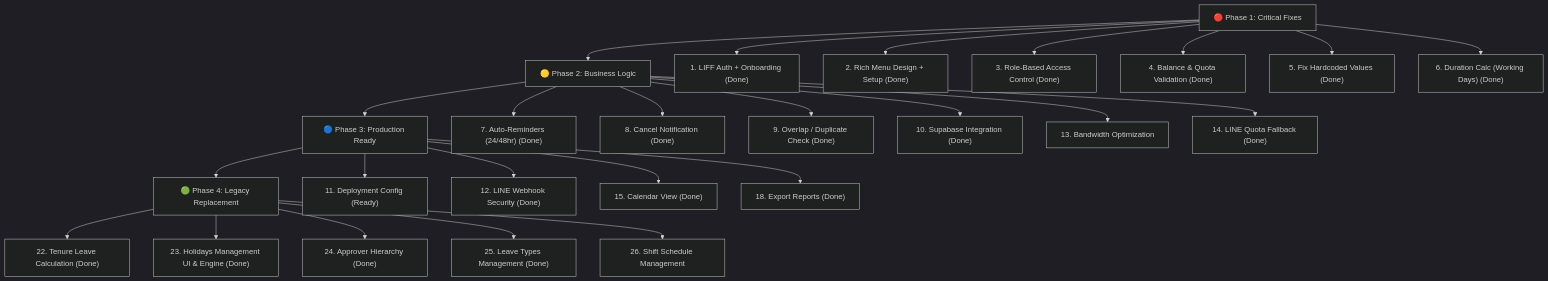
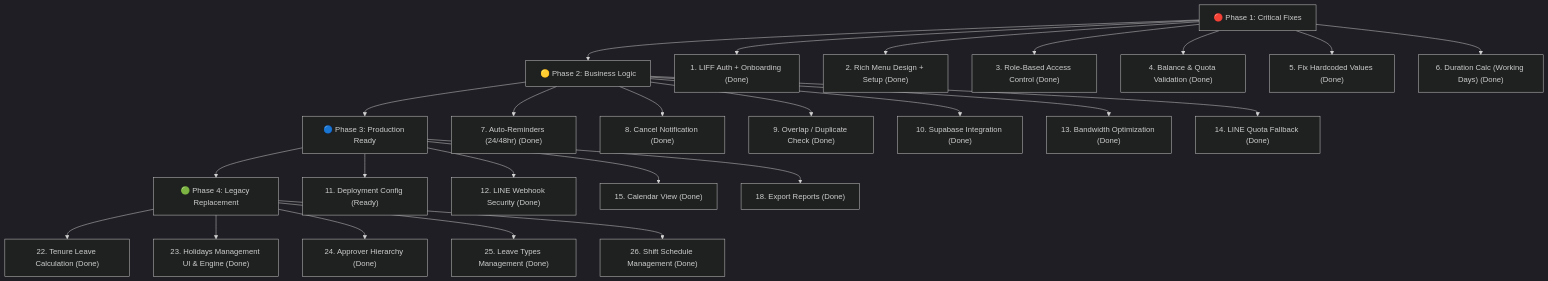
The diagram in project_analysis.md (trpxmac/doctor-leave-line), drawn with Mermaid (dark theme) before and after one commit. The commit also changed other lines of this file and 9 other files, not shown here.

Commit message:
feat: complete Phase 4 item #26 Shift Schedule management and duty collision check

````diff
--- a/project_analysis.md
+++ b/project_analysis.md
@@ -195,31 +195,31 @@
 ```mermaid
 graph TD
     A["🔴 Phase 1: Critical Fixes"] --> B["🟡 Phase 2: Business Logic"]
     B --> C["🔵 Phase 3: Production Ready"]
     C --> D["🟢 Phase 4: Legacy Replacement"]
     
     A --> A1["1. LIFF Auth + Onboarding (Done)"]
     A --> A2["2. Rich Menu Design + Setup (Done)"]
     A --> A3["3. Role-Based Access Control (Done)"]
     A --> A4["4. Balance & Quota Validation (Done)"]
     A --> A5["5. Fix Hardcoded Values (Done)"]
     A --> A6["6. Duration Calc (Working Days) (Done)"]
     
     B --> B1["7. Auto-Reminders (24/48hr) (Done)"]
     B --> B2["8. Cancel Notification (Done)"]
     B --> B3["9. Overlap / Duplicate Check (Done)"]
     B --> B4["10. Supabase Integration (Done)"]
-    B --> B5["13. Bandwidth Optimization"]
+    B --> B5["13. Bandwidth Optimization (Done)"]
     B --> B6["14. LINE Quota Fallback (Done)"]
     
     C --> C1["11. Deployment Config (Ready)"]
     C --> C2["12. LINE Webhook Security (Done)"]
     C --> C3["15. Calendar View (Done)"]
     C --> C4["18. Export Reports (Done)"]
     
     D --> D1["22. Tenure Leave Calculation (Done)"]
     D --> D2["23. Holidays Management UI & Engine (Done)"]
     D --> D3["24. Approver Hierarchy (Done)"]
     D --> D4["25. Leave Types Management (Done)"]
-    D --> D5["26. Shift Schedule Management"]
+    D --> D5["26. Shift Schedule Management (Done)"]
 ```
````
